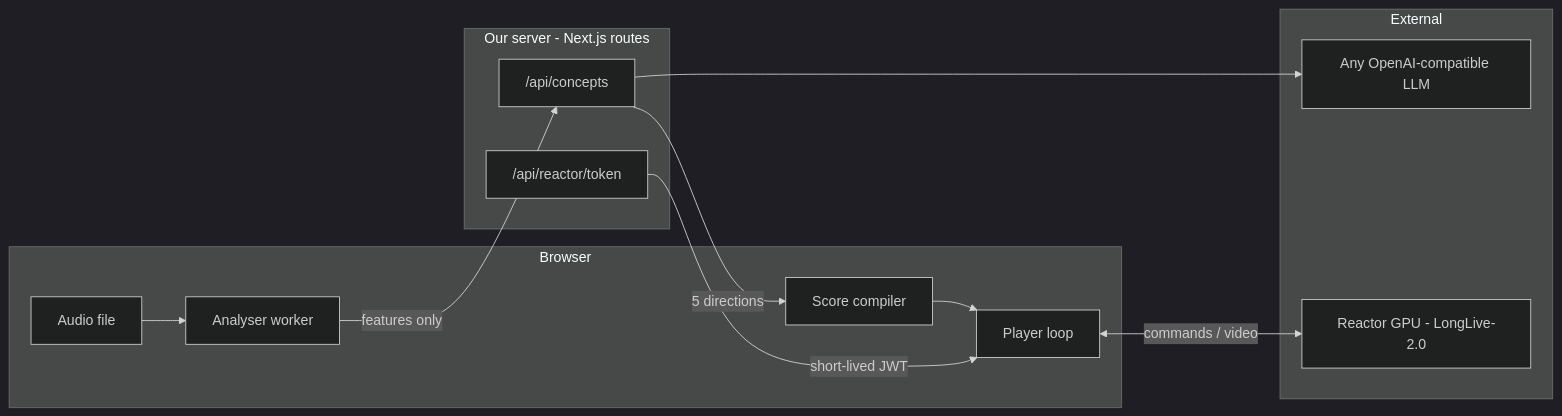
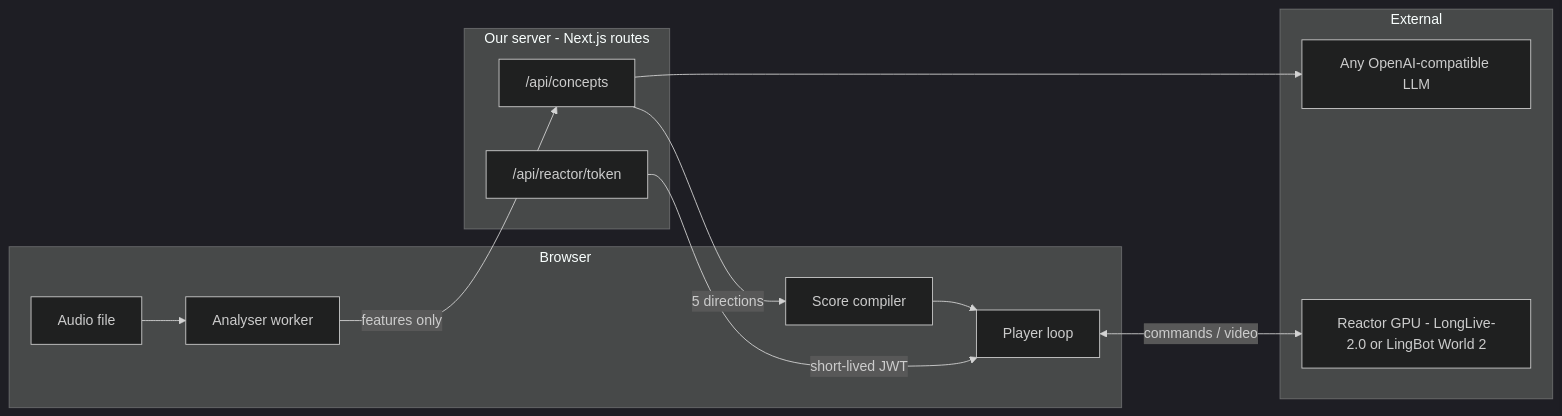
Before and after one commit to CodewMilan/wm: the second of 5 diagrams in worldscore/ARCHITECTURE.md, drawn with Mermaid (dark theme). The commit also changed other lines of this file and 2 other files, not shown here.

````diff
--- a/worldscore/ARCHITECTURE.md
+++ b/worldscore/ARCHITECTURE.md
@@ -36,27 +46,27 @@
 ```mermaid
 flowchart LR
     subgraph Browser
         AUDIO[Audio file]
         DSP[Analyser worker]
         SCORE[Score compiler]
         PLAYER[Player loop]
     end
 
     subgraph Server["Our server - Next.js routes"]
         TOKEN["/api/reactor/token"]
         CONCEPTS["/api/concepts"]
     end
 
     subgraph External
         LLM[Any OpenAI-compatible LLM]
-        GPU[Reactor GPU - LongLive-2.0]
+        GPU[Reactor GPU - LongLive-2.0 or LingBot World 2]
     end
 
     AUDIO --> DSP
     DSP -->|features only| CONCEPTS
     CONCEPTS --> LLM
     CONCEPTS -->|5 directions| SCORE
     SCORE --> PLAYER
     TOKEN -->|short-lived JWT| PLAYER
     PLAYER <-->|commands / video| GPU
 ```
````
